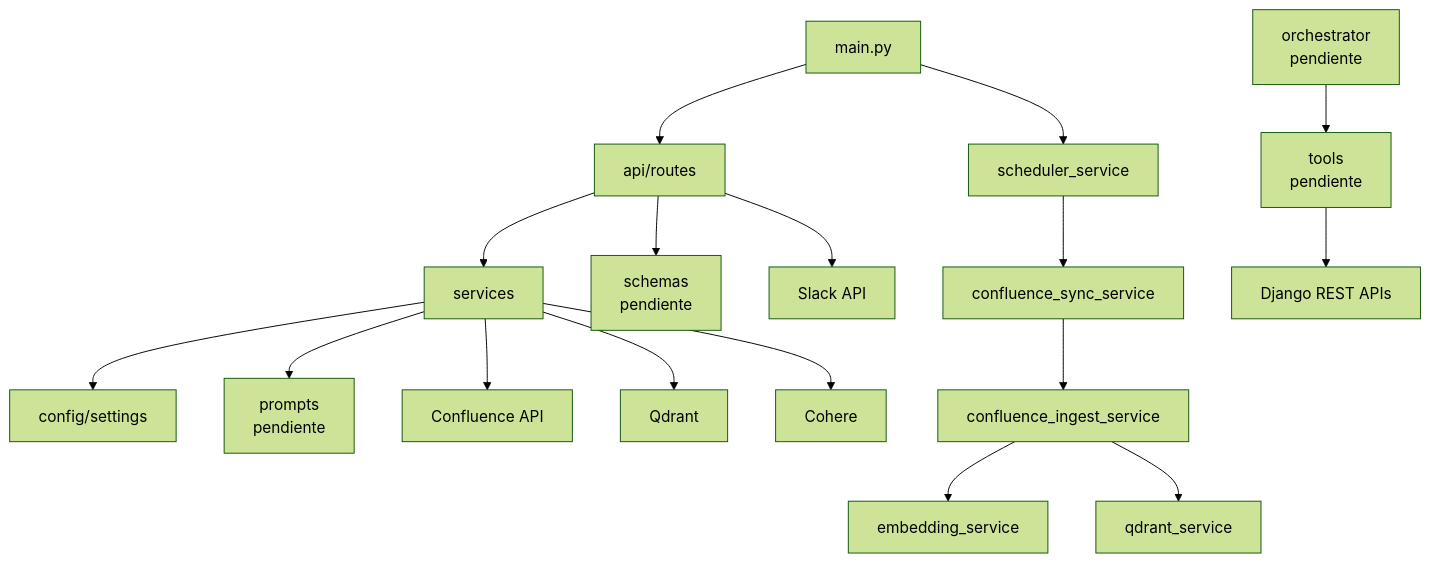
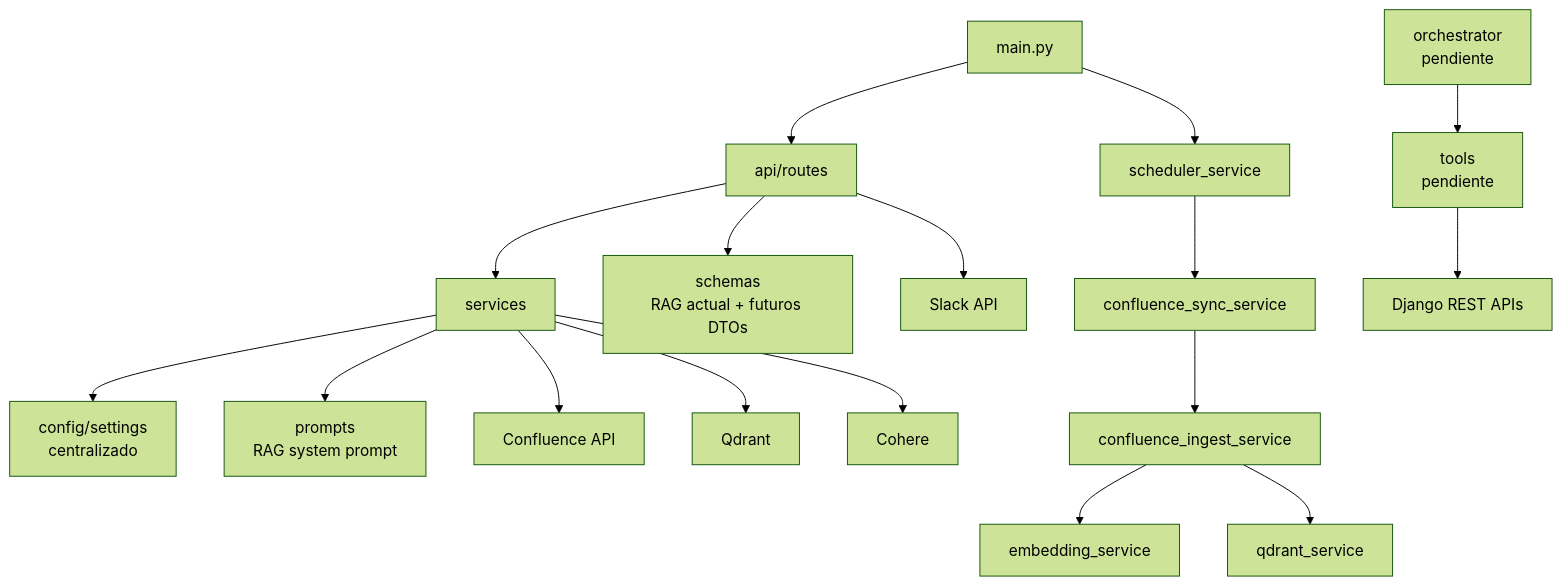
Before and after one commit to Francy1006/sbm-ai-assistant: the third of 3 diagrams in PROJECT_CONTEXT.md, drawn with Mermaid (forest theme). The commit also changed other lines of this file and 5 other files, not shown here.

Commit message:
factorize prompts & schemas

````diff
--- a/PROJECT_CONTEXT.md
+++ b/PROJECT_CONTEXT.md
@@ -1713,19 +1870,19 @@
 ```mermaid
 flowchart TD
     Main["main.py"] --> Routes["api/routes"]
     Main --> Scheduler["scheduler_service"]
     Routes --> Services["services"]
-    Routes --> Schemas["schemas<br/>pendiente"]
-    Services --> Settings["config/settings"]
-    Services --> Prompts["prompts<br/>pendiente"]
+    Routes --> Schemas["schemas<br/>RAG actual + futuros DTOs"]
+    Services --> Settings["config/settings<br/>centralizado"]
+    Services --> Prompts["prompts<br/>RAG system prompt"]
     Services --> Confluence["Confluence API"]
     Services --> Qdrant["Qdrant"]
     Services --> Cohere["Cohere"]
     Routes --> Slack["Slack API"]
     Scheduler --> Sync["confluence_sync_service"]
     Sync --> Ingest["confluence_ingest_service"]
     Ingest --> Embeddings["embedding_service"]
     Ingest --> QdrantService["qdrant_service"]
     FutureOrchestrator["orchestrator<br/>pendiente"] --> FutureTools["tools<br/>pendiente"]
     FutureTools --> DjangoREST["Django REST APIs"]
 ```
````
